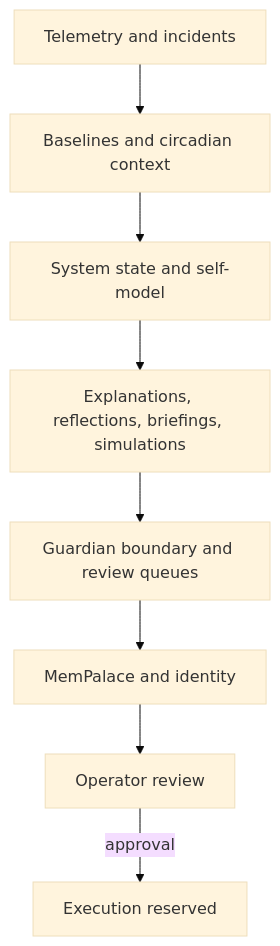
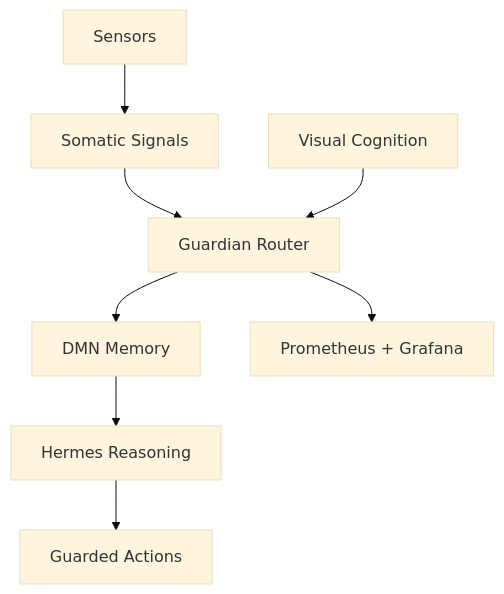
The diagram in README.md (alicken-lai/ambient-somatic-intelligence), drawn with Mermaid (base theme) before and after one commit. The commit also changed other lines of this file and 5 other files, not shown here.

````diff
--- a/README.md
+++ b/README.md
@@ -9,10 +56,10 @@
 ```mermaid
 flowchart TD
-    T[Telemetry and incidents] --> B[Baselines and circadian context]
-    B --> S[System state and self-model]
-    S --> E[Explanations, reflections, briefings, simulations]
-    E --> G[Guardian boundary and review queues]
-    G --> M[MemPalace and identity]
-    M --> O[Operator review]
-    O -->|approval| X[Execution reserved]
+    A[Sensors] --> B[Somatic Signals]
+    B --> C[Guardian Router]
+    C --> D[DMN Memory]
+    D --> E[Hermes Reasoning]
+    E --> F[Guarded Actions]
+    C --> G[Prometheus + Grafana]
+    H[Visual Cognition] --> C
 ```
````
